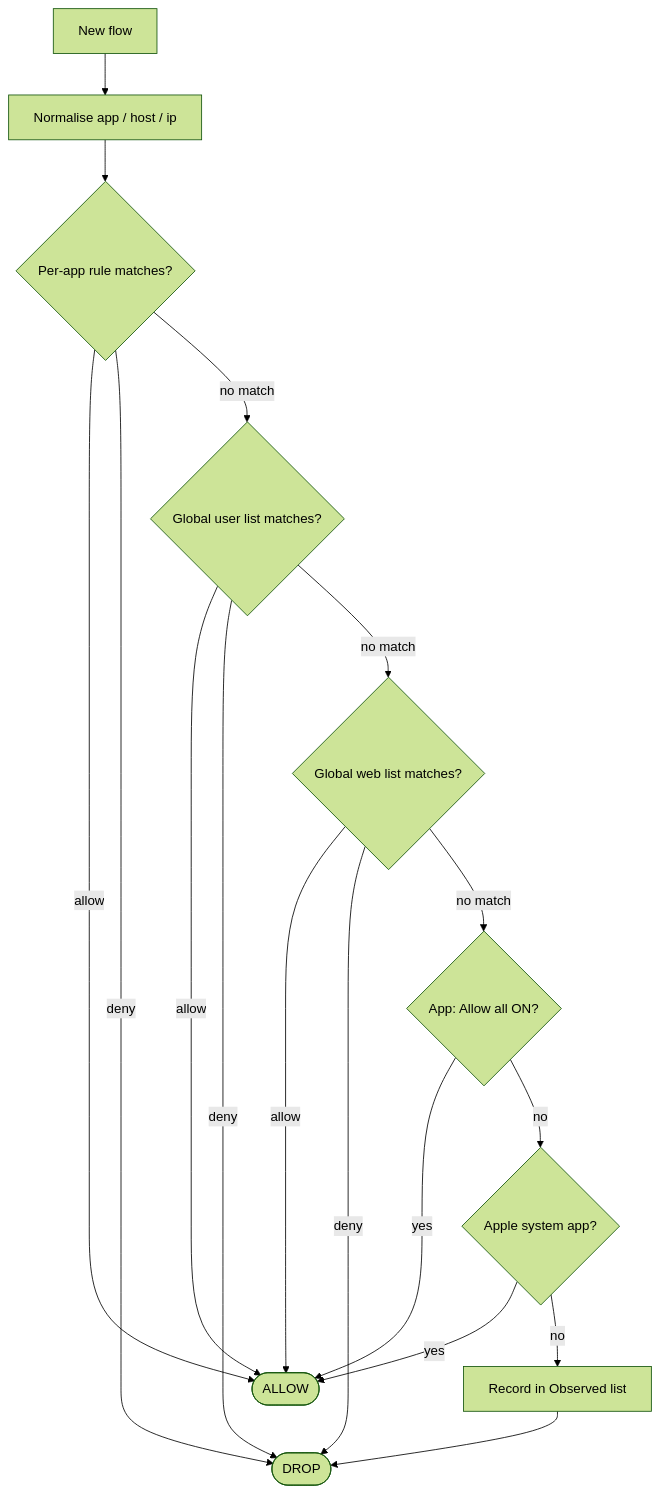
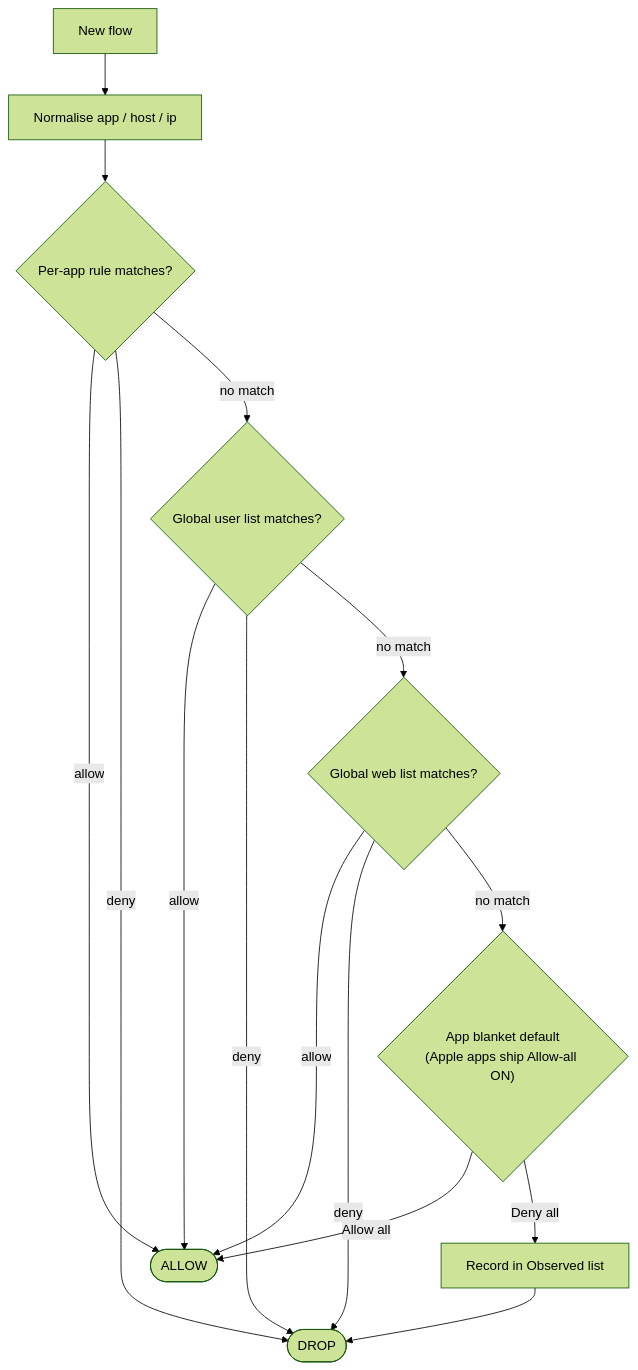
One commit to eltiren/samaritan changed the diagram in docs/firewall-rules.md. Above: the diagram before and after it, drawn with Mermaid (forest theme). The commit also changed other lines of this file, not shown here.

````diff
--- a/docs/firewall-rules.md
+++ b/docs/firewall-rules.md
@@ -125,19 +140,17 @@
 ```mermaid
 flowchart TD
     A[New flow] --> B[Normalise app / host / ip]
     B --> C{Per-app rule matches?}
     C -->|allow| ALLOW([ALLOW])
     C -->|deny| DENY([DROP])
     C -->|no match| D{Global user list matches?}
     D -->|allow| ALLOW
     D -->|deny| DENY
     D -->|no match| E{Global web list matches?}
     E -->|allow| ALLOW
     E -->|deny| DENY
-    E -->|no match| F{App: Allow all ON?}
-    F -->|yes| ALLOW
-    F -->|no| G{Apple system app?}
-    G -->|yes| ALLOW
-    G -->|no| H[Record in Observed list]
+    E -->|no match| F{"App blanket default<br/>(Apple apps ship Allow-all ON)"}
+    F -->|Allow all| ALLOW
+    F -->|Deny all| H[Record in Observed list]
     H --> DENY
 ```
````
